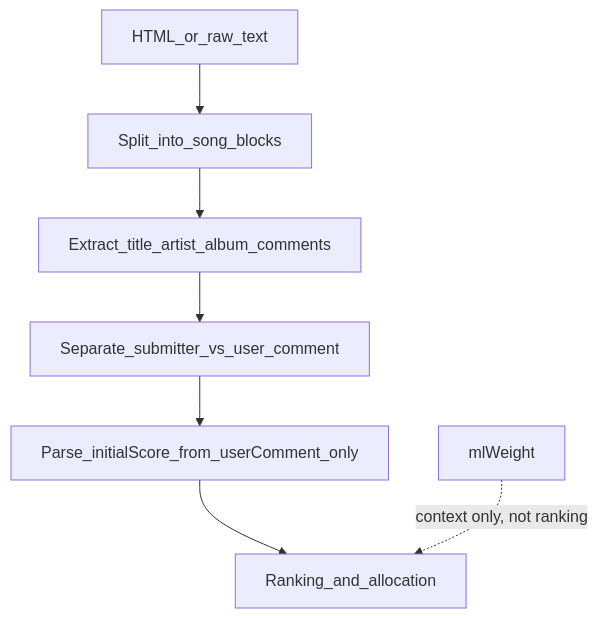
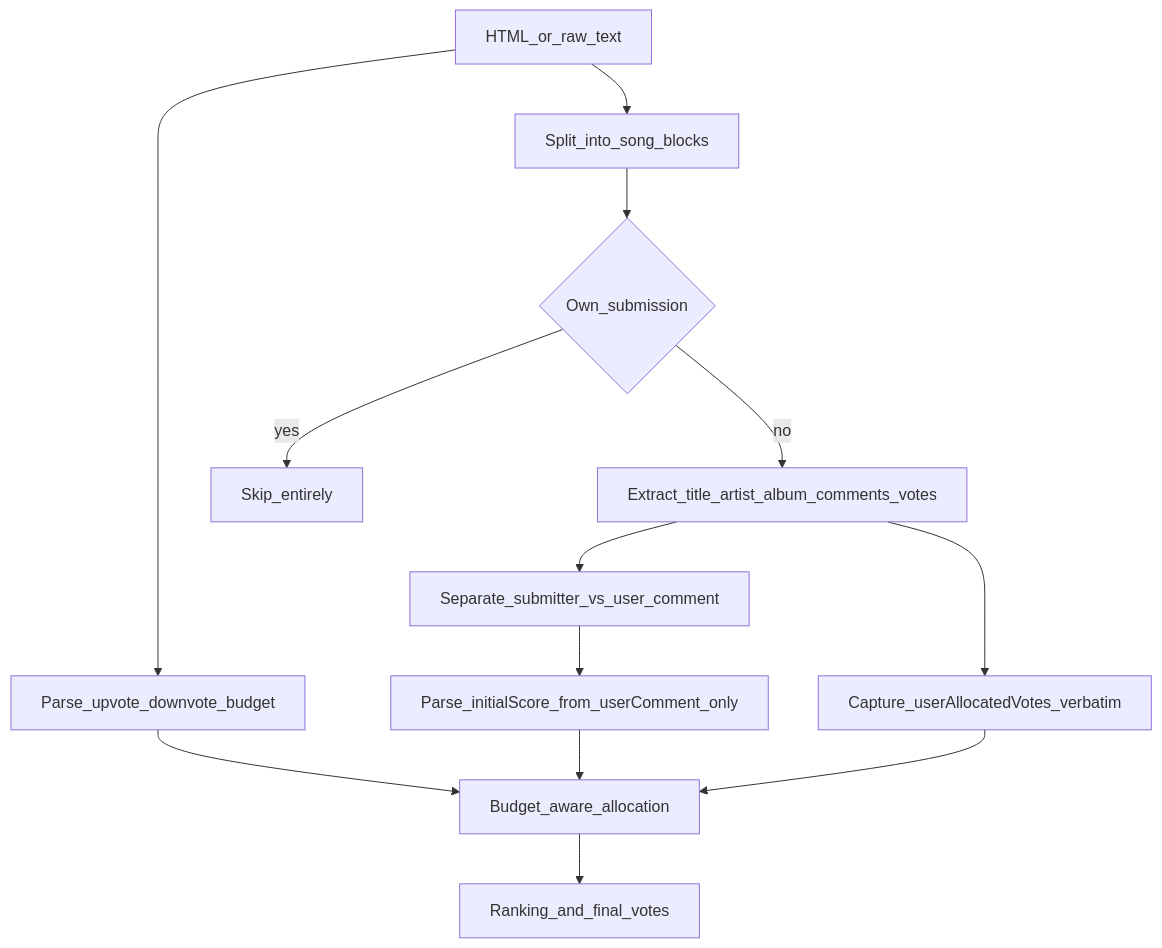
Before and after one commit to bbailey27/music-league-voting-assistant: the diagram in .cursor/plans/round_input_parsing_spec_9eb57f91.plan.md, drawn with Mermaid. The commit also changed other lines of this file and 11 other files, not shown here.

````diff
--- a/.cursor/plans/round_input_parsing_spec_9eb57f91.plan.md
+++ b/.cursor/plans/round_input_parsing_spec_9eb57f91.plan.md
@@ -57,9 +71,15 @@
 ```mermaid
 flowchart TD
-  input[HTML_or_raw_text] --> split[Split_into_song_blocks]
-  split --> fields[Extract_title_artist_album_comments]
+  input[HTML_or_raw_text] --> budget[Parse_upvote_downvote_budget]
+  input --> split[Split_into_song_blocks]
+  split --> skip{Own_submission}
+  skip -->|yes| drop[Skip_entirely]
+  skip -->|no| fields[Extract_title_artist_album_comments_votes]
   fields --> disambig[Separate_submitter_vs_user_comment]
   disambig --> score[Parse_initialScore_from_userComment_only]
-  score --> rank[Ranking_and_allocation]
-  mlWeight[mlWeight] -.->|"context only, not ranking"| rank
+  fields --> votes[Capture_userAllocatedVotes_verbatim]
+  budget --> alloc[Budget_aware_allocation]
+  score --> alloc
+  votes --> alloc
+  alloc --> rank[Ranking_and_final_votes]
 ```
````
